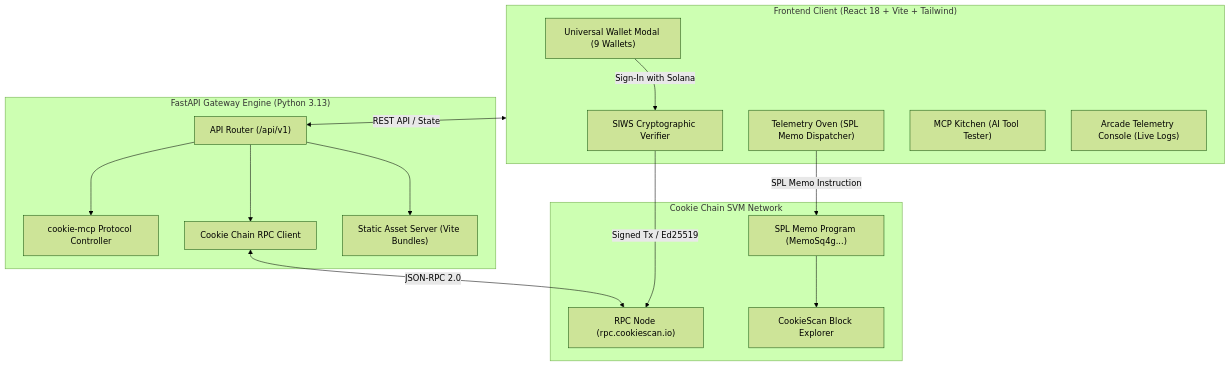
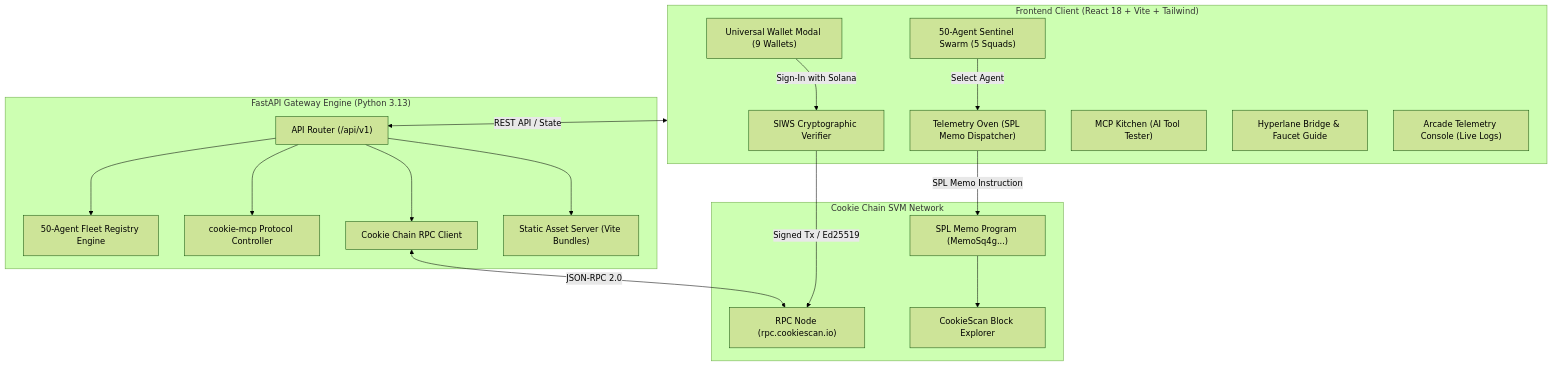
One commit to koamg1/cookie-agent-capp changed the diagram in README.md. Above: the diagram before and after it, drawn with Mermaid (forest theme). The commit also changed other lines of this file and 18 other files, not shown here.

Commit message:
feat: Add 50-Agent Sentinel Swarm, fleet API, Hyperlane bridge guide, and English polish

````diff
--- a/README.md
+++ b/README.md
@@ -67,33 +67,38 @@
 ```mermaid
 flowchart TD
     subgraph CLIENT["Frontend Client (React 18 + Vite + Tailwind)"]
         MODAL["Universal Wallet Modal (9 Wallets)"]
+        SWARM["50-Agent Sentinel Swarm (5 Squads)"]
         SIWS["SIWS Cryptographic Verifier"]
         OVEN["Telemetry Oven (SPL Memo Dispatcher)"]
         KITCHEN["MCP Kitchen (AI Tool Tester)"]
+        BRIDGE_MODAL["Hyperlane Bridge & Faucet Guide"]
         CONSOLE["Arcade Telemetry Console (Live Logs)"]
     end
 
     subgraph BACKEND["FastAPI Gateway Engine (Python 3.13)"]
         ROUTER["API Router (/api/v1)"]
+        FLEET_REG["50-Agent Fleet Registry Engine"]
         MCP_GATEWAY["cookie-mcp Protocol Controller"]
         DAS_CLIENT["Cookie Chain RPC Client"]
         STATIC_SRV["Static Asset Server (Vite Bundles)"]
     end
 
     subgraph ONCHAIN["Cookie Chain SVM Network"]
         RPC["RPC Node (rpc.cookiescan.io)"]
         MEMO_PROG["SPL Memo Program (MemoSq4g...)"]
         SCANNER["CookieScan Block Explorer"]
     end
 
     CLIENT <-->|REST API / State| ROUTER
+    SWARM -->|Select Agent| OVEN
     MODAL -->|Sign-In with Solana| SIWS
     SIWS -->|Signed Tx / Ed25519| RPC
     OVEN -->|SPL Memo Instruction| MEMO_PROG
     MEMO_PROG --> SCANNER
+    ROUTER --> FLEET_REG
     ROUTER --> MCP_GATEWAY
     ROUTER --> DAS_CLIENT
     DAS_CLIENT <-->|JSON-RPC 2.0| RPC
     ROUTER --> STATIC_SRV
 ```
````
